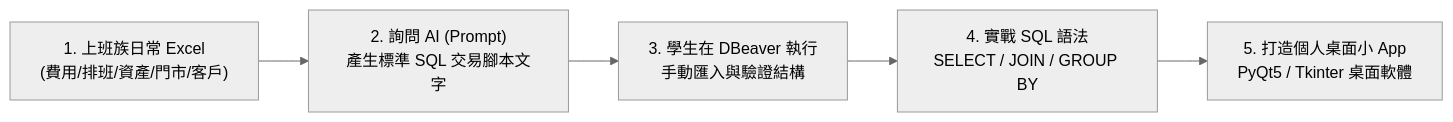
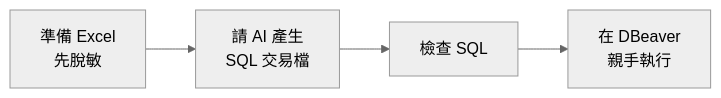
One commit to roberthsu2003/postgreSQL_MCP changed the second of 2 diagrams in 範例資料庫/README.md. Above: the diagram before and after it, drawn with Mermaid (neutral theme). The commit also changed other lines of this file, not shown here.

First line of the commit message:
docs: reorder the sample database page to match the teaching flow

````diff
--- a/範例資料庫/README.md
+++ b/範例資料庫/README.md
@@ -39,7 +48,6 @@
 ```mermaid
 flowchart LR
-    A["1. 上班族日常 Excel<br>(費用/排班/資產/門市/客戶)"] --> B["2. 詢問 AI (Prompt)<br>產生標準 SQL 交易腳本文字"]
-    B --> C["3. 學生在 DBeaver 執行<br>手動匯入與驗證結構"]
-    C --> D["4. 實戰 SQL 語法<br>SELECT / JOIN / GROUP BY"]
-    D --> E["5. 打造個人桌面小 App<br>PyQt5 / Tkinter 桌面軟體"]
+    A["準備 Excel<br>先脫敏"] --> B["請 AI 產生<br>SQL 交易檔"]
+    B --> C["檢查 SQL"]
+    C --> D["在 DBeaver<br>親手執行"]
 ```
````
